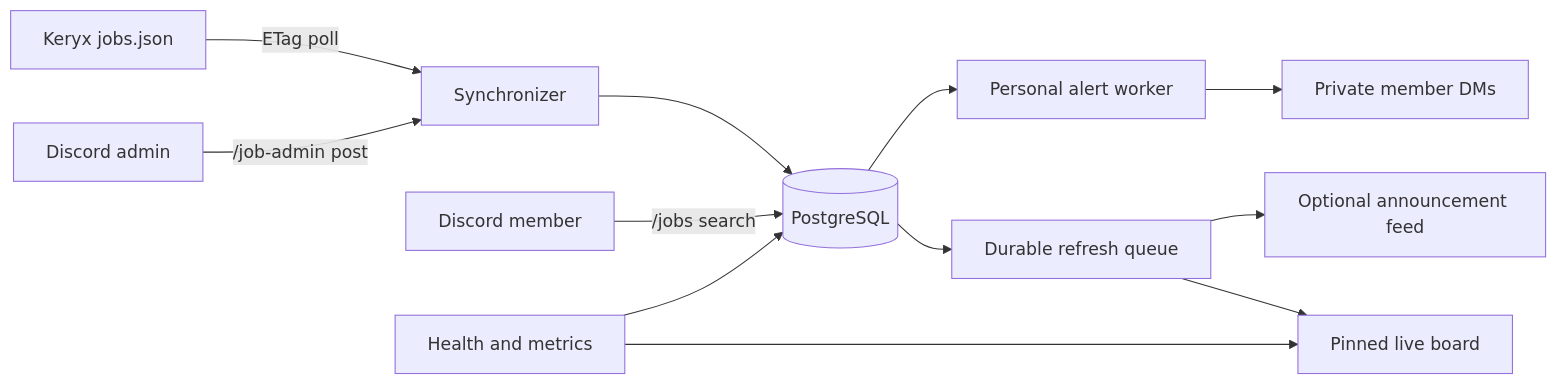
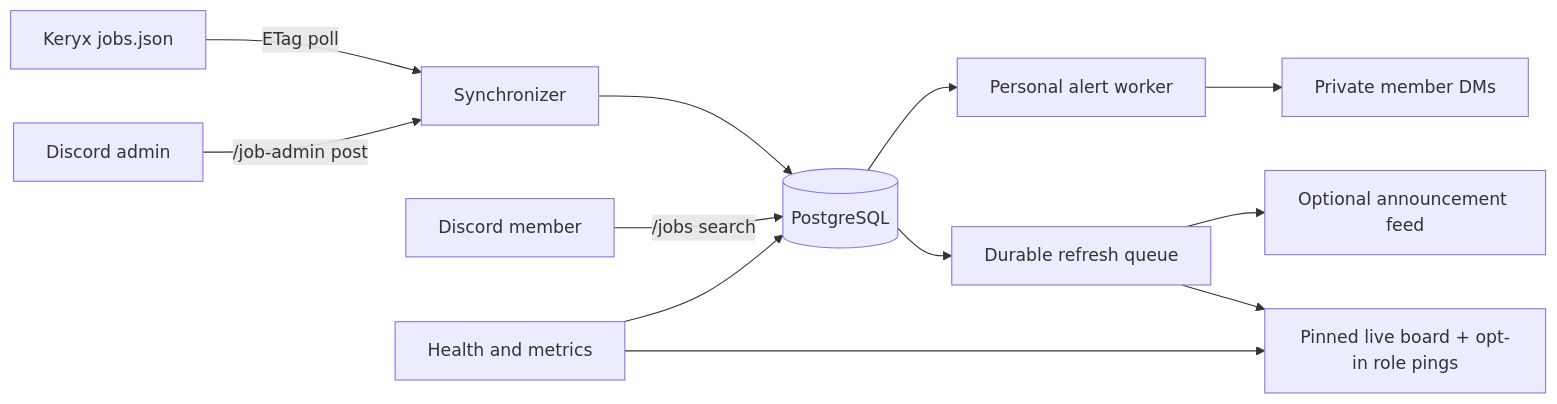
The diagram in README.md (GodlyDonuts/stentor), drawn with Mermaid before and after one commit. The commit also changed other lines of this file and 12 other files, not shown here.

````diff
--- a/README.md
+++ b/README.md
@@ -62,14 +65,14 @@
 ```mermaid
 flowchart LR
     K["Keryx jobs.json"] -->|"ETag poll"| S["Synchronizer"]
     A["Discord admin"] -->|"/job-admin post"| S
     S --> P[("PostgreSQL")]
     P --> Q["Durable refresh queue"]
-    Q --> D["Pinned live board"]
+    Q --> D["Pinned live board + opt-in role pings"]
     Q --> F["Optional announcement feed"]
     P --> N["Personal alert worker"]
     N --> M["Private member DMs"]
     U["Discord member"] -->|"/jobs search"| P
     H["Health and metrics"] --> P
     H --> D
 ```
````
